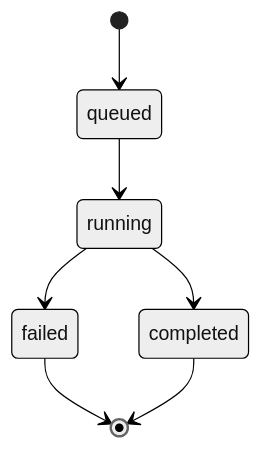
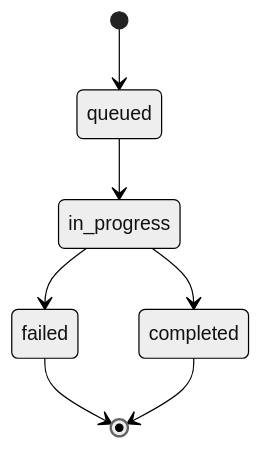
One commit to rayajose/writing-portfolio changed the fifth of 5 diagrams in docs/api/architecture.md. Above: the diagram before and after it, drawn with Mermaid (neutral theme). The commit also changed other lines of this file, not shown here.

````diff
--- a/docs/api/architecture.md
+++ b/docs/api/architecture.md
@@ -275,9 +329,9 @@
 ```mermaid
 stateDiagram-v2
     [*] --> queued
-    queued --> running
-    running --> completed
-    running --> failed
+    queued --> in_progress
+    in_progress --> completed
+    in_progress --> failed
     failed --> [*]
     completed --> [*]
 ```
````
